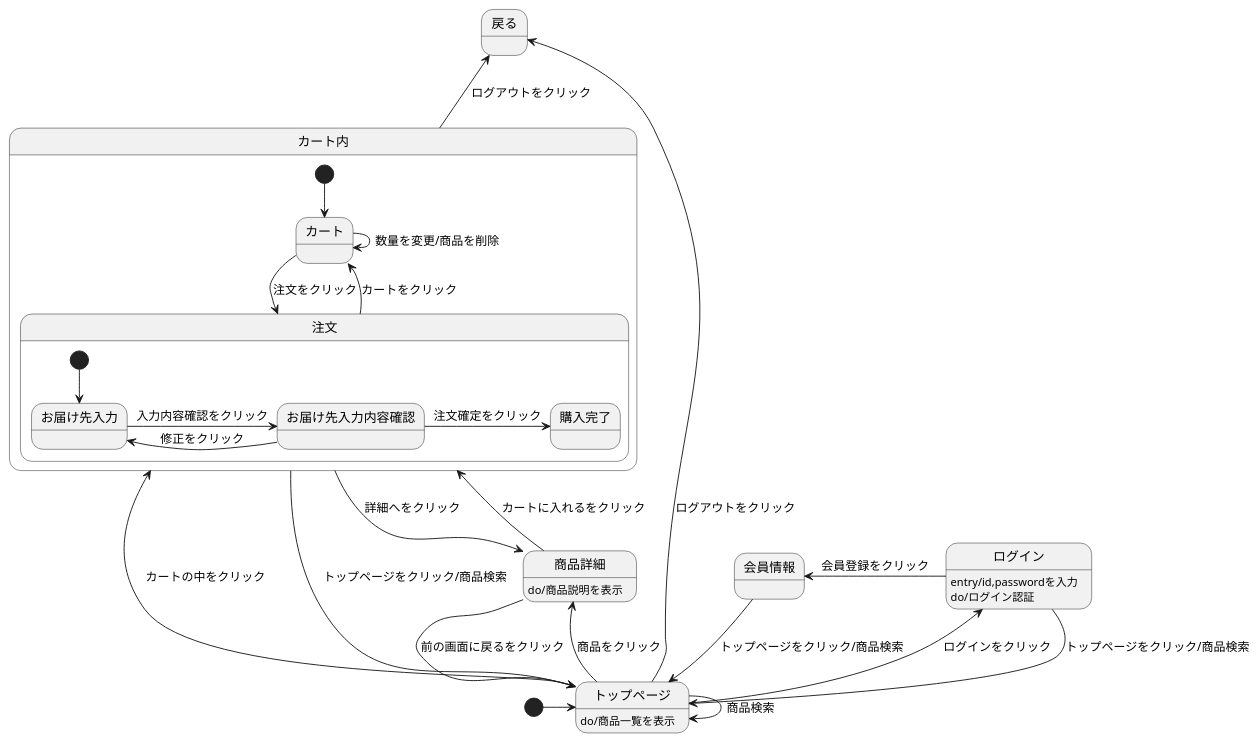
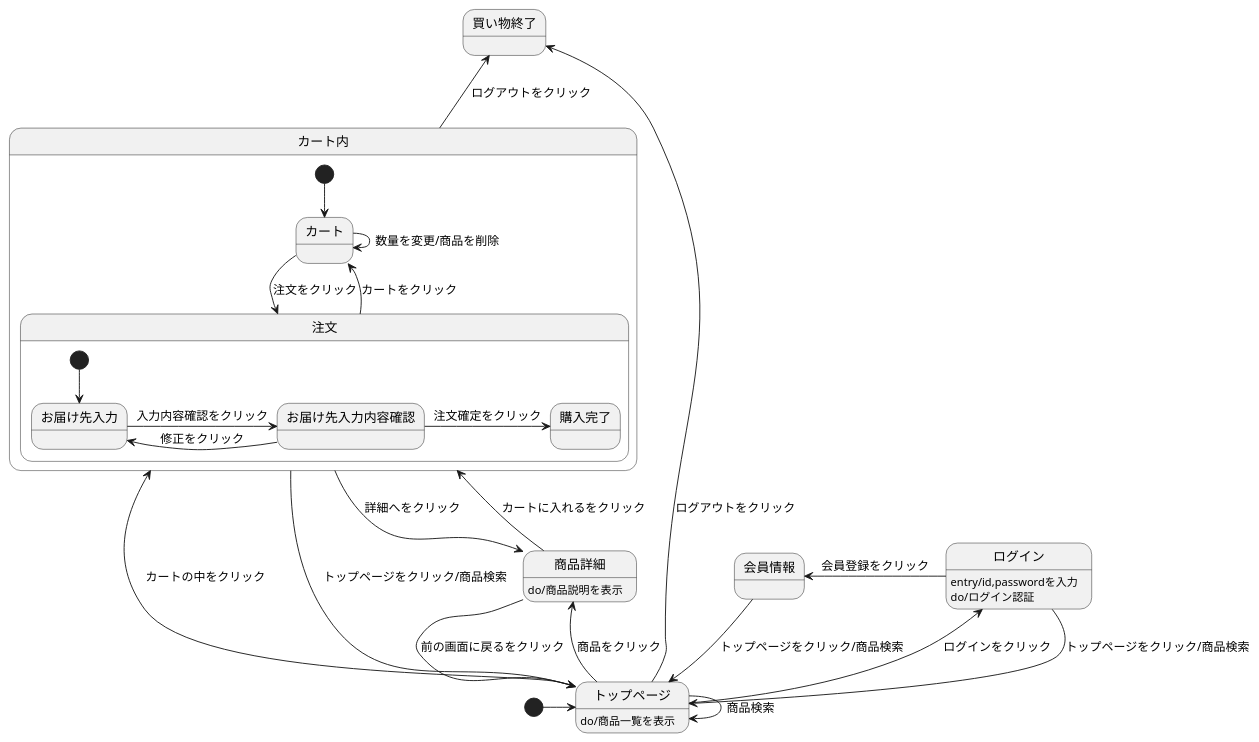
Before and after one commit to Aso2001140/2012sys-design: the diagram in create 12.md, drawn with PlantUML.

Commit message:
Create create 12.md

````diff
--- a/create 12.md
+++ b/create 12.md
@@ -1,35 +1,35 @@
 ```uml
 @startuml
 [*] -> トップページ
 会員情報 --> トップページ : トップページをクリック/商品検索
 ログイン --> トップページ : トップページをクリック/商品検索
 ログイン : entry/id,passwordを入力
 ログイン : do/ログイン認証
-トップページ --> 戻る : ログアウトをクリック
+トップページ --> 買い物終了 : ログアウトをクリック
 トップページ -> トップページ : 商品検索
 トップページ -> 商品詳細 : 商品をクリック
 ログイン -left-> 会員情報 : 会員登録をクリック
 トップページ -left-> ログイン : ログインをクリック
 トップページ --> カート内 : カートの中をクリック
 トップページ : do/商品一覧を表示
 商品詳細 --> カート内 : カートに入れるをクリック
 商品詳細 --> トップページ : 前の画面に戻るをクリック
 商品詳細 : do/商品説明を表示
 カート内 -up-> トップページ : トップページをクリック/商品検索
-カート内 -up-> 戻る : ログアウトをクリック
+カート内 -up-> 買い物終了 : ログアウトをクリック
 カート内 -> 商品詳細 : 詳細へをクリック
 
 state カート内{
 [*] --> カート
 カート -> 注文 : 注文をクリック
 カート -> カート : 数量を変更/商品を削除
 注文 --> カート : カートをクリック
 state 注文{
 [*] --> お届け先入力
 お届け先入力 -> お届け先入力内容確認 : 入力内容確認をクリック
 お届け先入力内容確認 -> お届け先入力 : 修正をクリック
 お届け先入力内容確認 -> 購入完了 : 注文確定をクリック
 }
 }
 @enduml
 ```
````
